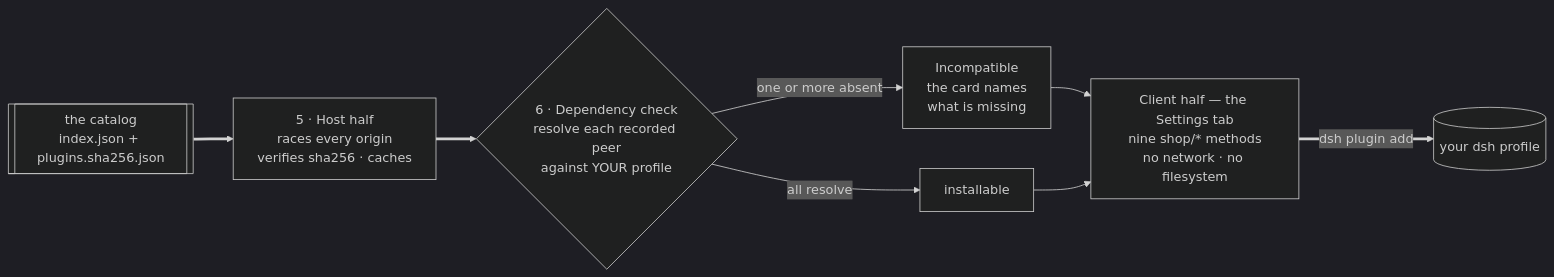
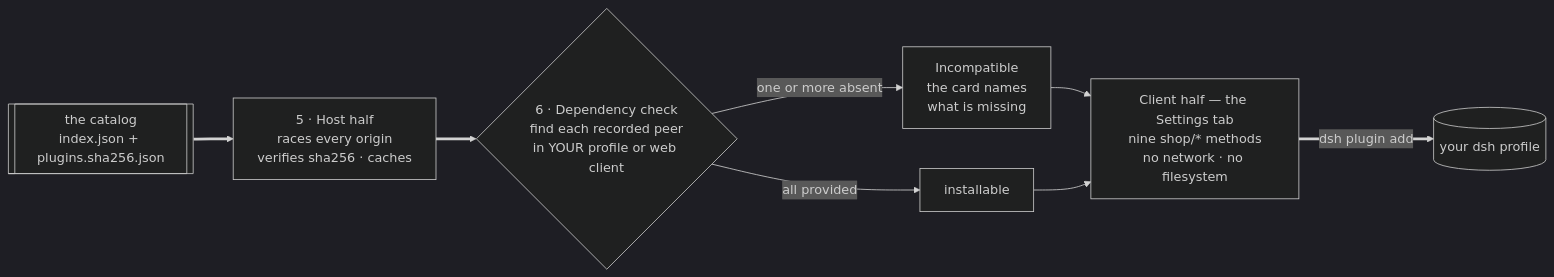
One commit to LivXue/dsh-plugin-shop changed the second of 2 diagrams in README.md. Above: the diagram before and after it, drawn with Mermaid (dark theme). The commit also changed other lines of this file and 6 other files, not shown here.

````diff
--- a/README.md
+++ b/README.md
@@ -150,11 +152,11 @@
 ```mermaid
 flowchart LR
   CAT[["the catalog<br/>index.json + plugins.sha256.json"]]
   CAT ==> HOST["5 · Host half<br/>races every origin<br/>verifies sha256 · caches"]
-  HOST ==> DEP{"6 · Dependency check<br/>resolve each recorded peer<br/>against YOUR profile"}
+  HOST ==> DEP{"6 · Dependency check<br/>find each recorded peer<br/>in YOUR profile or web client"}
   DEP -->|"one or more absent"| BAD["Incompatible<br/>the card names<br/>what is missing"]
-  DEP -->|"all resolve"| GOOD["installable"]
+  DEP -->|"all provided"| GOOD["installable"]
   BAD --> CLIENT["Client half — the Settings tab<br/>nine shop/* methods<br/>no network · no filesystem"]
   GOOD --> CLIENT
   CLIENT ==>|"dsh plugin add"| PROF[("your dsh profile")]
 ```
````
